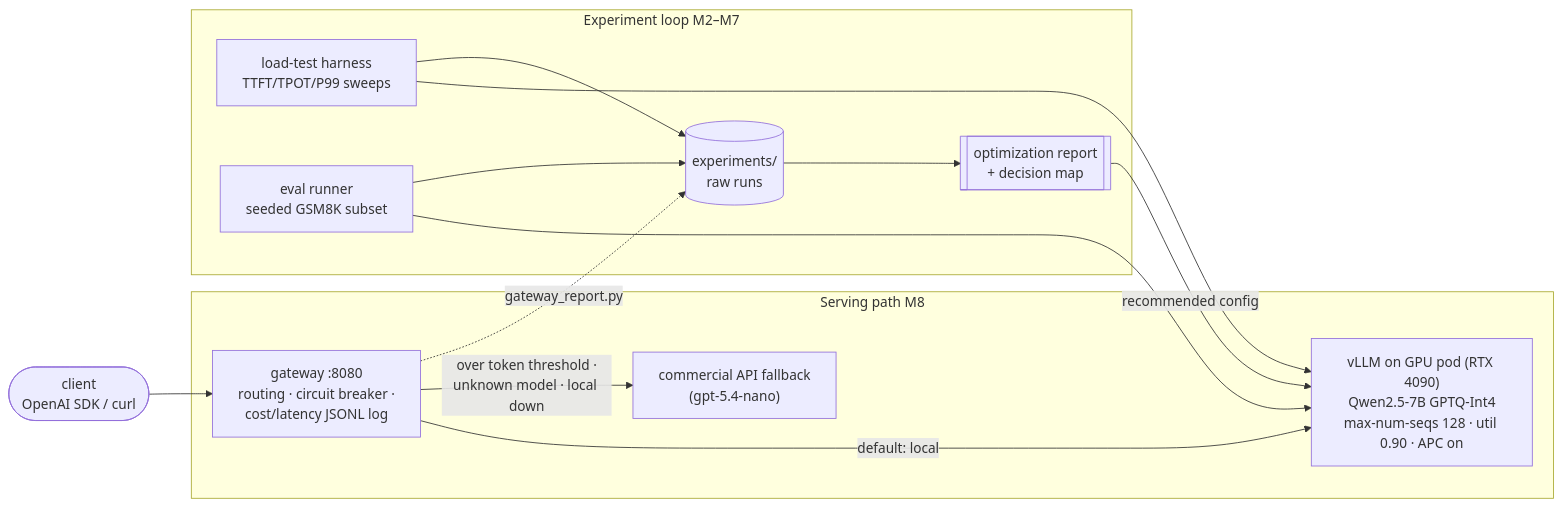
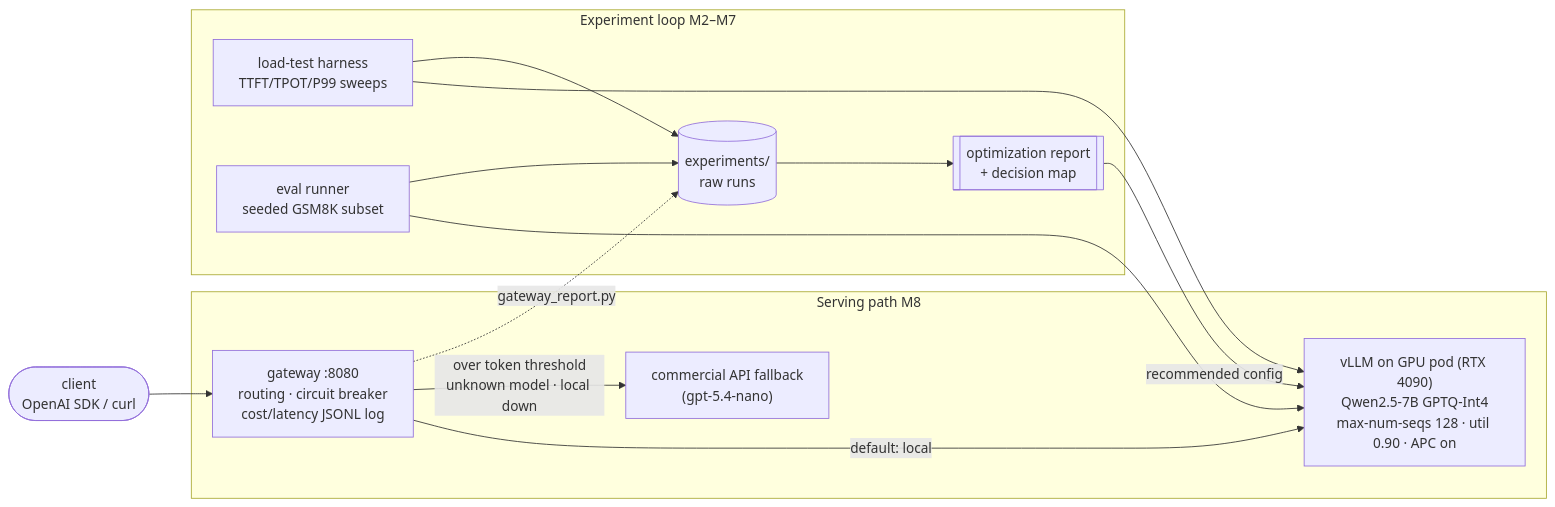
Before and after one commit to lifenyan/inference-lab: the diagram in README.md, drawn with Mermaid. The commit also changed other lines of this file, not shown here.

Commit message:
README: fix architecture diagram rendering on GitHub
GitHub's Mermaid sanitizer strips <br/> tags in labels, merging lines
without spaces and clipping the overflow at the node edge. Replace all
multi-line labels with markdown-string syntax (real newlines in
backticks), which needs no HTML and auto-wraps instead of clipping.
Verified locally with mermaid-cli 10.9/11.16, htmlLabels on and off.

````diff
--- a/README.md
+++ b/README.md
@@ -19,25 +17,36 @@
 ```mermaid
 flowchart LR
-    client([client<br/>OpenAI SDK / curl])
+    client(["`client
+    OpenAI SDK / curl`"])
     subgraph serving [Serving path M8]
-        gw["gateway :8080<br/>routing · circuit breaker ·<br/>cost/latency JSONL log"]
-        vllm["vLLM on GPU pod (RTX 4090)<br/>Qwen2.5-7B GPTQ-Int4<br/>max-num-seqs 128 · util 0.90 · APC on"]
-        api["commercial API fallback<br/>(gpt-5.4-nano)"]
+        gw["`gateway :8080
+        routing · circuit breaker
+        cost/latency JSONL log`"]
+        vllm["`vLLM on GPU pod (RTX 4090)
+        Qwen2.5-7B GPTQ-Int4
+        max-num-seqs 128 · util 0.90 · APC on`"]
+        api["`commercial API fallback
+        (gpt-5.4-nano)`"]
     end
     subgraph loop [Experiment loop M2–M7]
-        harness["load-test harness<br/>TTFT/TPOT/P99 sweeps"]
-        evals["eval runner<br/>seeded GSM8K subset"]
-        runs[("experiments/<br/>raw runs")]
-        rpt[["optimization report<br/>+ decision map"]]
+        harness["`load-test harness
+        TTFT/TPOT/P99 sweeps`"]
+        evals["`eval runner
+        seeded GSM8K subset`"]
+        runs[("`experiments/
+        raw runs`")]
+        rpt[["`optimization report
+        + decision map`"]]
     end
     client --> gw
     gw -- "default: local" --> vllm
-    gw -- "over token threshold ·<br/>unknown model · local down" --> api
+    gw -- "`over token threshold
+    unknown model · local down`" --> api
     gw -. "gateway_report.py" .-> runs
     harness --> vllm
     evals --> vllm
     harness --> runs
     evals --> runs
     runs --> rpt
     rpt -- "recommended config" --> vllm
 ```
````
